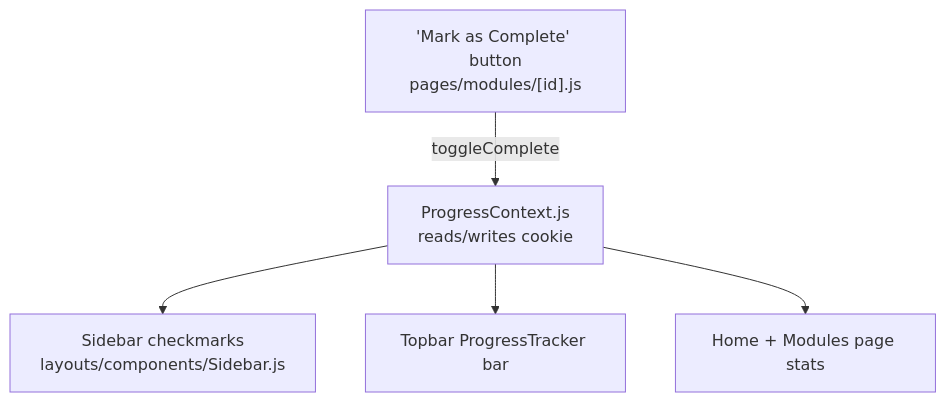
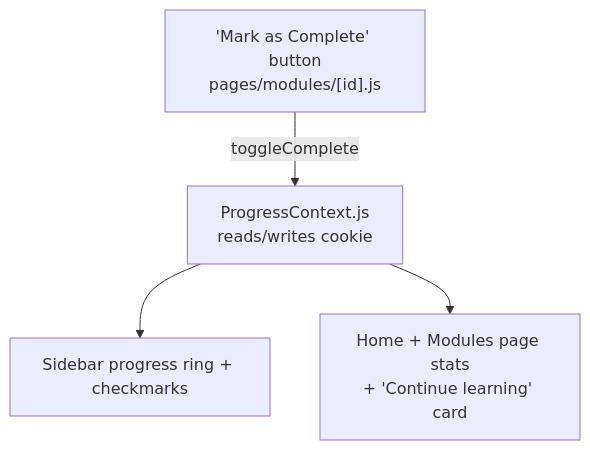
Before and after one commit to ammdevl/lfs-101-notes: the third of 4 diagrams in docs/data-flow.md, drawn with Mermaid. The commit also changed other lines of this file and 38 other files, not shown here.

````diff
--- a/docs/data-flow.md
+++ b/docs/data-flow.md
@@ -31,7 +31,6 @@
 ```mermaid
 flowchart TD
     BTN["'Mark as Complete' button<br/>pages/modules/[id].js"] -->|toggleComplete| CTX["ProgressContext.js<br/>reads/writes cookie"]
-    CTX --> C1["Sidebar checkmarks<br/>layouts/components/Sidebar.js"]
-    CTX --> C2["Topbar ProgressTracker bar"]
-    CTX --> C3["Home + Modules page stats"]
+    CTX --> C1["Sidebar progress ring + checkmarks"]
+    CTX --> C3["Home + Modules page stats<br/>+ 'Continue learning' card"]
 ```
````
